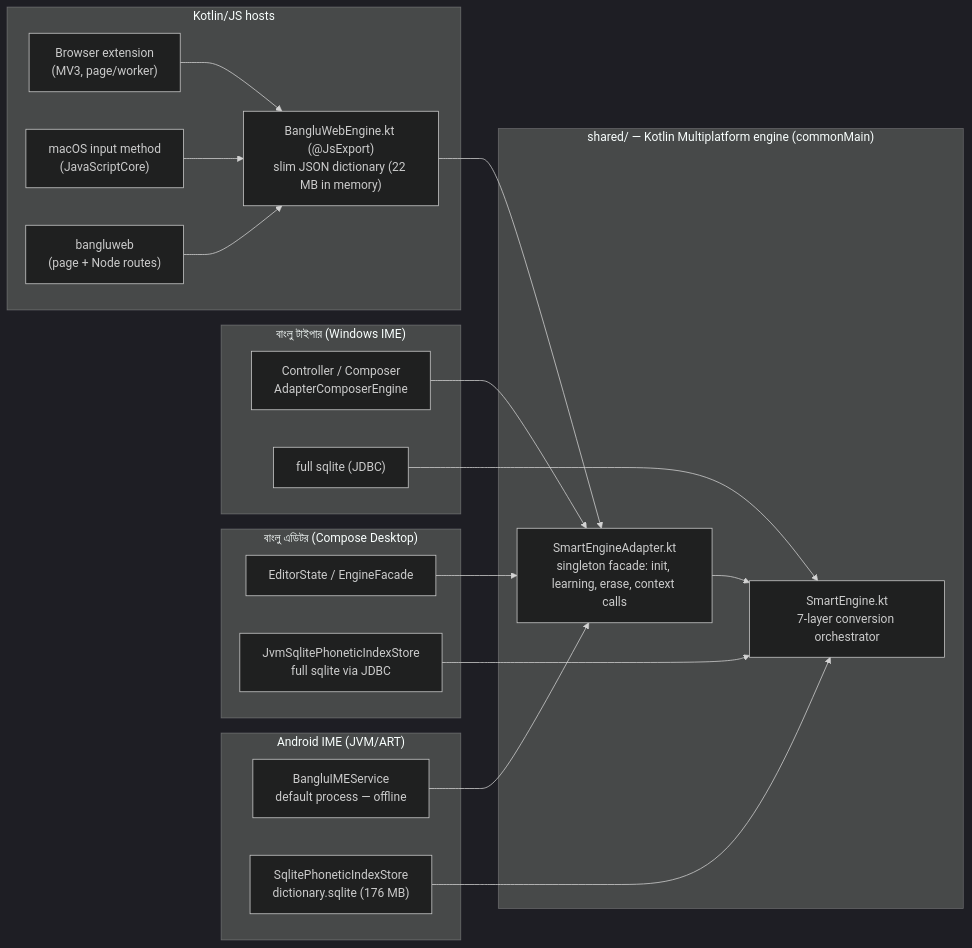
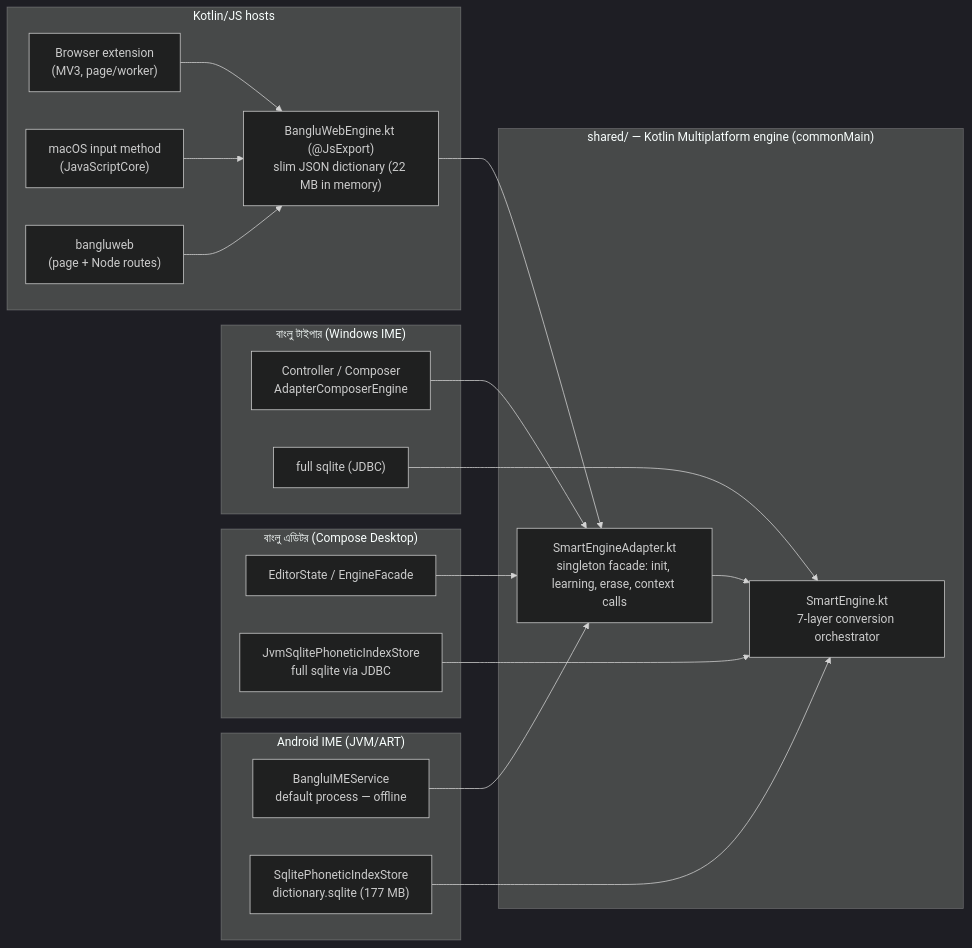
Before and after one commit to Shahabul87/banglu-kmp: the first of 10 diagrams in docs/architecture/engine-architecture.md, drawn with Mermaid (dark theme). The commit also changed other lines of this file, not shown here.

First line of the commit message:
docs(architecture): fold S194–S198 into the engine reference — spacebar rollover, hold-c direct marker, keystroke memory budget, deletion run + mid-word caret, z-faithful law, full-profile default, explicit marker never reranked

````diff
--- a/docs/architecture/engine-architecture.md
+++ b/docs/architecture/engine-architecture.md
@@ -26,38 +26,38 @@
 ```mermaid
 flowchart LR
     subgraph ENGINE["shared/ — Kotlin Multiplatform engine (commonMain)"]
         SE["SmartEngine.kt<br/>7-layer conversion orchestrator"]
         SA["SmartEngineAdapter.kt<br/>singleton facade: init, learning, erase, context calls"]
         SA --> SE
     end
 
     subgraph ANDROID["Android IME (JVM/ART)"]
         A1["BangluIMEService<br/>default process — offline"]
-        A2["SqlitePhoneticIndexStore<br/>dictionary.sqlite (176 MB)"]
+        A2["SqlitePhoneticIndexStore<br/>dictionary.sqlite (177 MB)"]
     end
     subgraph DESKTOP["বাংলু এডিটর (Compose Desktop)"]
         D1["EditorState / EngineFacade"]
         D2["JvmSqlitePhoneticIndexStore<br/>full sqlite via JDBC"]
     end
     subgraph WIN["বাংলু টাইপার (Windows IME)"]
         W1["Controller / Composer<br/>AdapterComposerEngine"]
         W2["full sqlite (JDBC)"]
     end
     subgraph JS["Kotlin/JS hosts"]
         J1["Browser extension<br/>(MV3, page/worker)"]
         J2["macOS input method<br/>(JavaScriptCore)"]
         J3["bangluweb<br/>(page + Node routes)"]
         JS1["BangluWebEngine.kt (@JsExport)<br/>slim JSON dictionary (22 MB in memory)"]
         J1 --> JS1
         J2 --> JS1
         J3 --> JS1
     end
 
     A1 --> SA
     A2 --> SE
     D1 --> SA
     D2 --> SE
     W1 --> SA
     W2 --> SE
     JS1 --> SA
 ```
````
